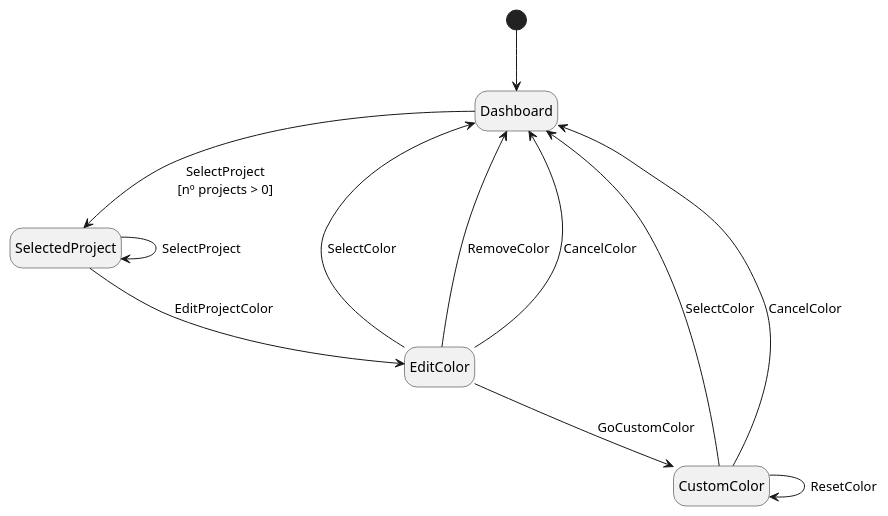
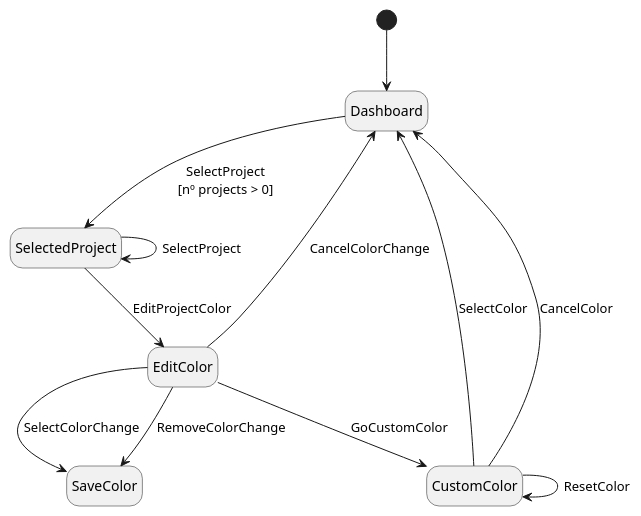
The diagram in assignments/4_model_based_testing/state_machines/state_machine_3.puml (JoaoCostaIFG/tvvs), drawn with PlantUML before and after one commit. The commit also changed 5 other files, not shown here.

```diff
--- a/assignments/4_model_based_testing/state_machines/state_machine_3.puml
+++ b/assignments/4_model_based_testing/state_machines/state_machine_3.puml
@@ -1,19 +1,19 @@
 @startuml
 hide empty description
 
 [*] -d-> Dashboard
 
 Dashboard --> SelectedProject : SelectProject\n[nº projects > 0]
 
 SelectedProject --> SelectedProject : SelectProject
 SelectedProject --> EditColor : EditProjectColor
 
-EditColor --> Dashboard : SelectColor
-EditColor --> Dashboard : RemoveColor
-EditColor --> Dashboard : CancelColor
+EditColor --> Dashboard : CancelColorChange
+EditColor --> SaveColor : SelectColorChange
+EditColor --> SaveColor : RemoveColorChange
 EditColor --> CustomColor : GoCustomColor
 
 CustomColor --> Dashboard : SelectColor
 CustomColor --> Dashboard : CancelColor
 CustomColor --> CustomColor : ResetColor
 @enduml
```
